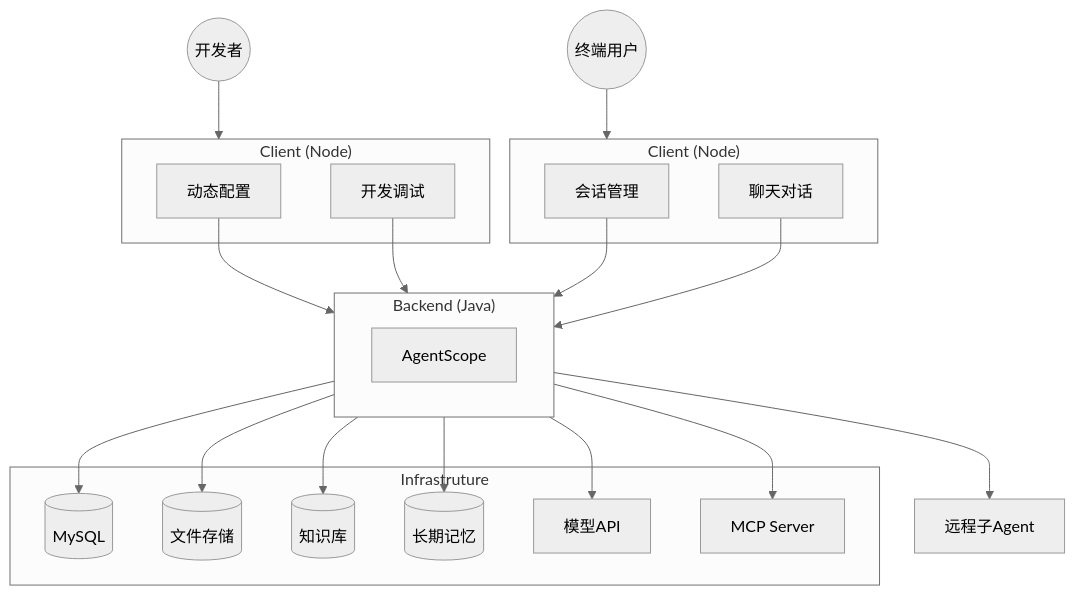
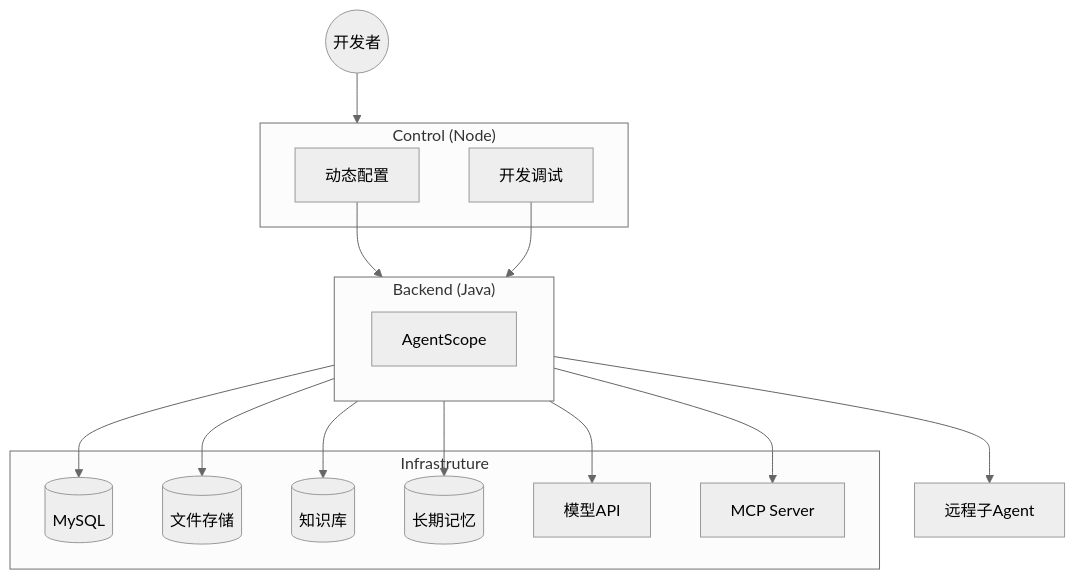
One commit to alibaba/tron-one-agent changed the diagram in README.md. Above: the diagram before and after it, drawn with Mermaid (neutral theme). The commit also changed other lines of this file and 1 other file, not shown here.

````diff
--- a/README.md
+++ b/README.md
@@ -56,45 +56,36 @@
 ```mermaid
 graph TB
-  EndUser((终端用户))
-  subgraph Client["Client (Node)"]
-    Session[会话管理]
-    Chat[聊天对话]
-  end
-
   Developer((开发者))
-  subgraph Control["Client (Node)"]
+  subgraph Control["Control (Node)"]
     Config[动态配置]
     Debugger[开发调试]
   end
 
   subgraph Backend["Backend (Java)"]
     AgentScope[AgentScope]
   end
 
   subgraph Infrastruture
     Mysql[(MySQL)]
     OSS[(文件存储)]
     RAG[(知识库)]
     LongTermMemory[(长期记忆)]
     ModelAPI[模型API]
     McpServer["MCP Server"]
   end
 
   RemoteSubAgent[远程子Agent]
 
-  EndUser --> Client
   Developer --> Control
 
   Config --> Backend
   Debugger --> Backend
-  Session --> Backend
-  Chat --> Backend
 
   Backend --> Mysql
   Backend --> OSS
   Backend --> ModelAPI
   Backend --> RAG
   Backend --> LongTermMemory
   Backend --> McpServer
   Backend --> RemoteSubAgent
 ```
````
